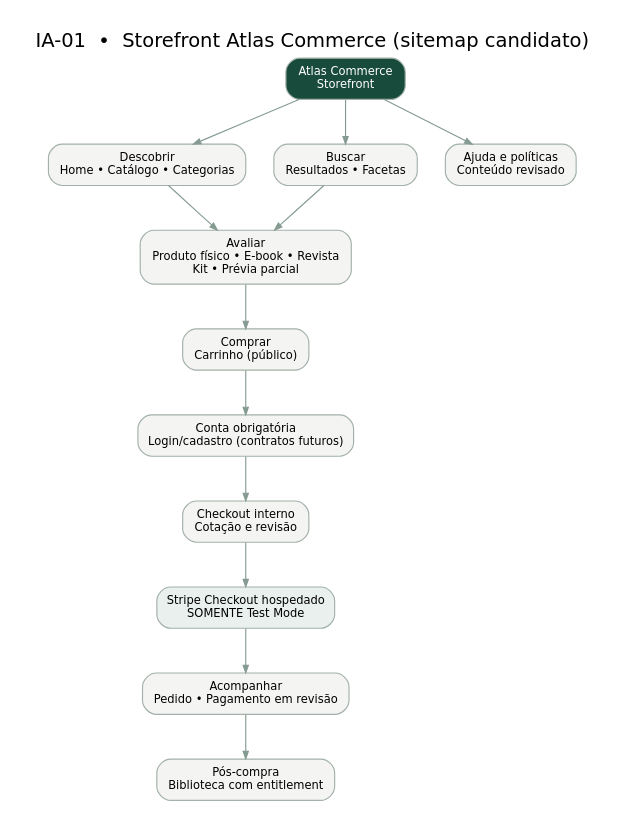
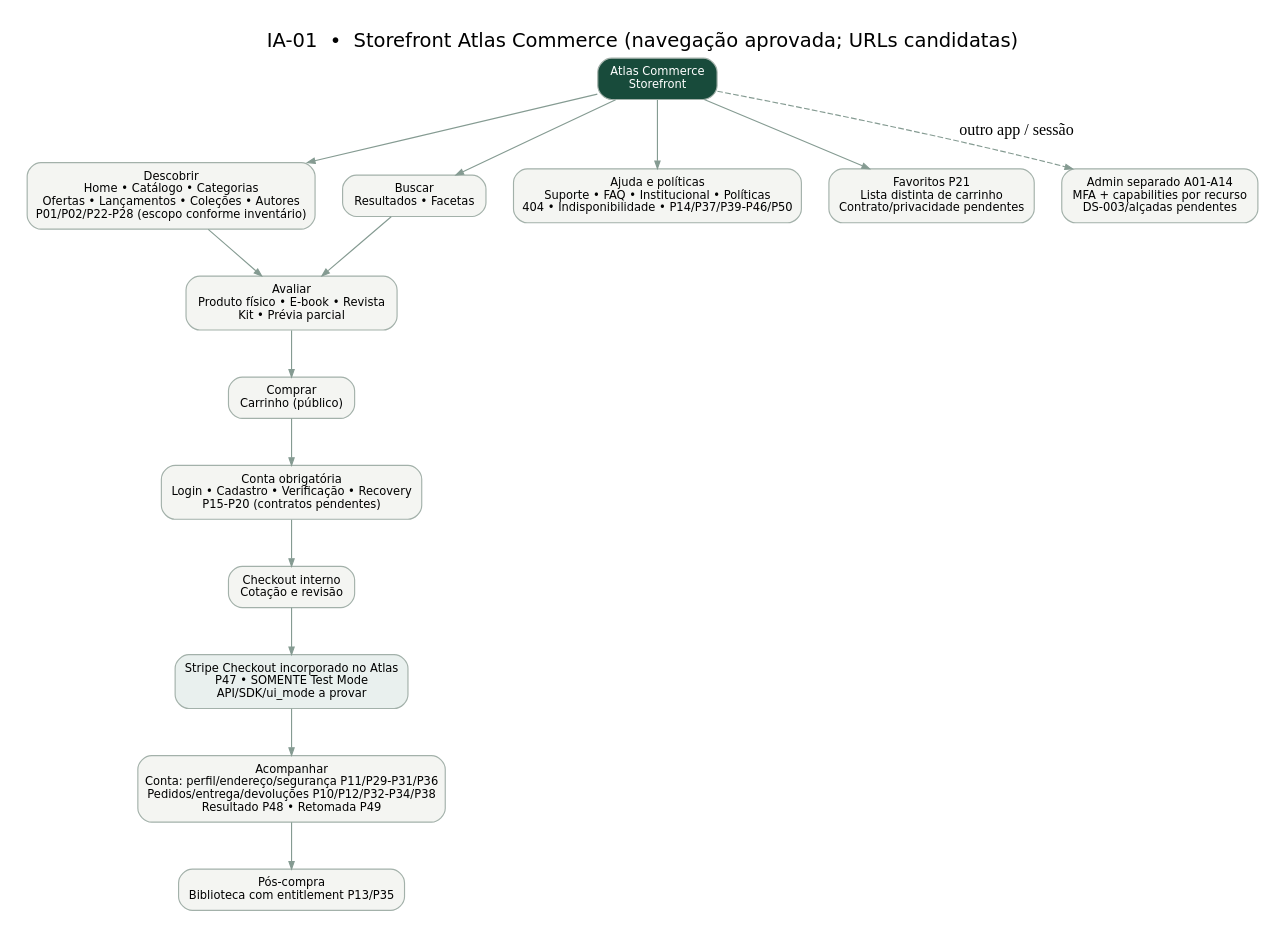
The diagram in docs/05-engineering/fd03/diagrams/IA-01-sitemap-storefront.dot (Igor475/atlas-commerce), drawn with Graphviz before and after one commit. The commit also changed 33 other files, not shown here.

```diff
--- a/docs/05-engineering/fd03/diagrams/IA-01-sitemap-storefront.dot
+++ b/docs/05-engineering/fd03/diagrams/IA-01-sitemap-storefront.dot
@@ -1,13 +1,24 @@
-digraph IA01 { graph [rankdir=TB bgcolor="white" pad="0.22" nodesep="0.34" ranksep="0.54" fontname="DejaVu Sans" label="IA-01  •  Storefront Atlas Commerce (sitemap candidato)" labelloc=t fontsize=17]; node [shape=box style="rounded,filled" fillcolor="#f4f5f2" color="#a3b1aa" fontname="DejaVu Sans" fontsize=10 margin="0.15,0.10"]; edge [color="#859b92" arrowsize=.65]; root [label="Atlas Commerce
+digraph IA01 { graph [rankdir=TB bgcolor="white" pad="0.22" nodesep="0.34" ranksep="0.54" fontname="DejaVu Sans" label="IA-01  •  Storefront Atlas Commerce (navegação aprovada; URLs candidatas)" labelloc=t fontsize=17]; node [shape=box style="rounded,filled" fillcolor="#f4f5f2" color="#a3b1aa" fontname="DejaVu Sans" fontsize=10 margin="0.15,0.10"]; edge [color="#859b92" arrowsize=.65]; root [label="Atlas Commerce
 Storefront",fillcolor="#184b3b" fontcolor=white]; discover [label="Descobrir
-Home • Catálogo • Categorias"]; search [label="Buscar
+Home • Catálogo • Categorias
+Ofertas • Lançamentos • Coleções • Autores
+P01/P02/P22-P28 (escopo conforme inventário)"]; search [label="Buscar
 Resultados • Facetas"]; product [label="Avaliar
 Produto físico • E-book • Revista
 Kit • Prévia parcial"]; cart [label="Comprar
 Carrinho (público)"]; auth [label="Conta obrigatória
-Login/cadastro (contratos futuros)"]; checkout [label="Checkout interno
-Cotação e revisão"]; stripe [label="Stripe Checkout hospedado
-SOMENTE Test Mode",fillcolor="#e9f0ee"]; after [label="Acompanhar
-Pedido • Pagamento em revisão"]; library [label="Pós-compra
-Biblioteca com entitlement"]; help [label="Ajuda e políticas
-Conteúdo revisado"]; root->{discover search help};discover->product;search->product;product->cart;cart->auth;auth->checkout;checkout->stripe;stripe->after;after->library; }
+Login • Cadastro • Verificação • Recovery
+P15-P20 (contratos pendentes)"]; checkout [label="Checkout interno
+Cotação e revisão"]; stripe [label="Stripe Checkout incorporado no Atlas
+P47 • SOMENTE Test Mode
+API/SDK/ui_mode a provar",fillcolor="#e9f0ee"]; after [label="Acompanhar
+Conta: perfil/endereço/segurança P11/P29-P31/P36
+Pedidos/entrega/devoluções P10/P12/P32-P34/P38
+Resultado P48 • Retomada P49"]; library [label="Pós-compra
+Biblioteca com entitlement P13/P35"]; help [label="Ajuda e políticas
+Suporte • FAQ • Institucional • Políticas
+404 • Indisponibilidade • P14/P37/P39-P46/P50"]; favorites [label="Favoritos P21
+Lista distinta de carrinho
+Contrato/privacidade pendentes"]; staff [label="Admin separado A01-A14
+MFA + capabilities por recurso
+DS-003/alçadas pendentes"]; root->{discover search help favorites};root->staff [style=dashed label="outro app / sessão"];discover->product;search->product;product->cart;cart->auth;auth->checkout;checkout->stripe;stripe->after;after->library; }
```
